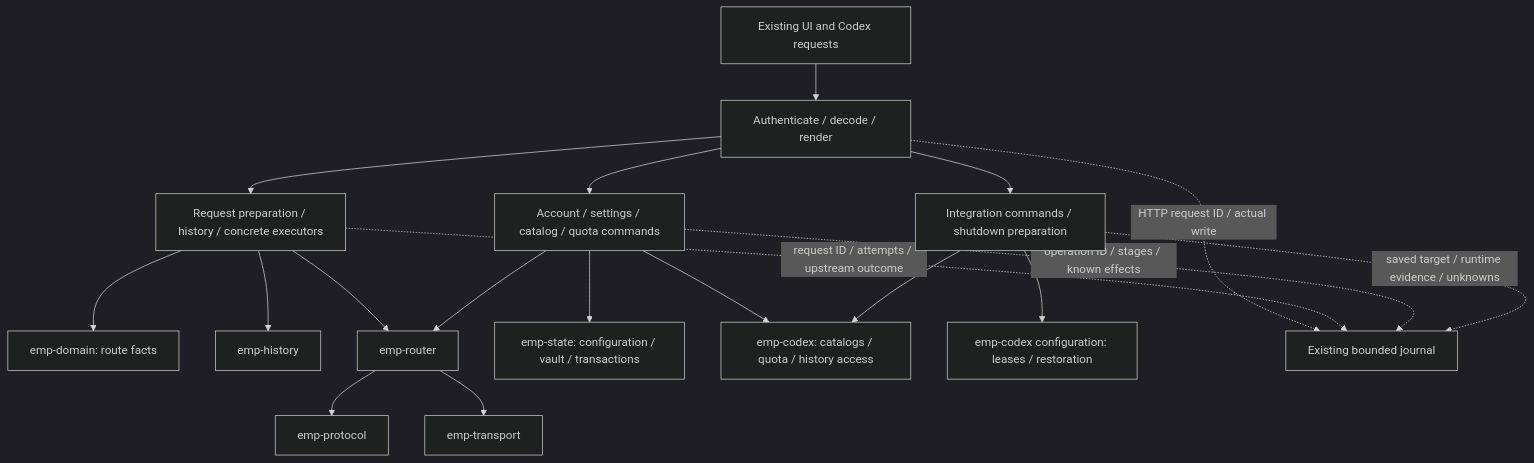
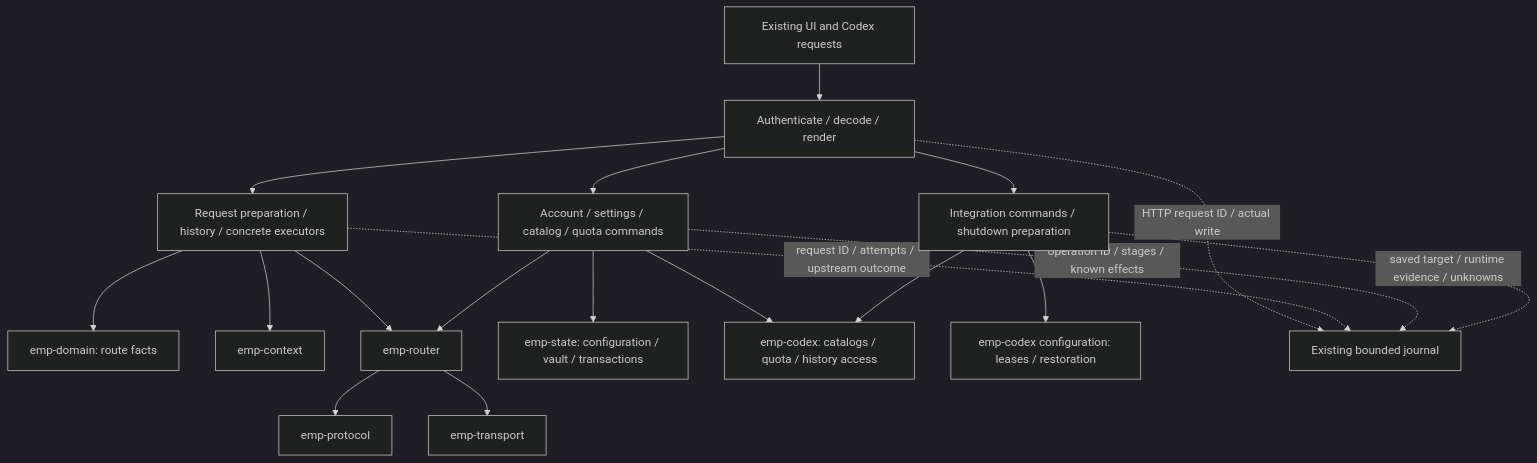
One commit to Killow1998/EasyMultiProvider changed the second of 2 diagrams in docs/backend-workflows.md. Above: the diagram before and after it, drawn with Mermaid (dark theme). The commit also changed other lines of this file and 78 other files, not shown here.

First line of the commit message:
Rename emp-history to emp-context and group Codex sessions (C10)

````diff
--- a/docs/backend-workflows.md
+++ b/docs/backend-workflows.md
@@ -150,21 +150,21 @@
 ```mermaid
 flowchart TD
   U[Existing UI and Codex requests] --> API[Authenticate / decode / render]
   API --> R[Request preparation / history / concrete executors]
   API --> M[Account / settings / catalog / quota commands]
   API --> L[Integration commands / shutdown preparation]
   R --> K[emp-domain: route facts]
-  R --> H[emp-history]
+  R --> H[emp-context]
   R --> D[emp-router]
   D --> P[emp-protocol]
   D --> T[emp-transport]
   M --> S[emp-state: configuration / vault / transactions]
   M --> C[emp-codex: catalogs / quota / history access]
   M --> D
   L --> I[emp-codex configuration: leases / restoration]
   L --> C
   API -. HTTP request ID / actual write .-> J[Existing bounded journal]
   R -. request ID / attempts / upstream outcome .-> J
   M -. operation ID / stages / known effects .-> J
   L -. saved target / runtime evidence / unknowns .-> J
 ```
````
